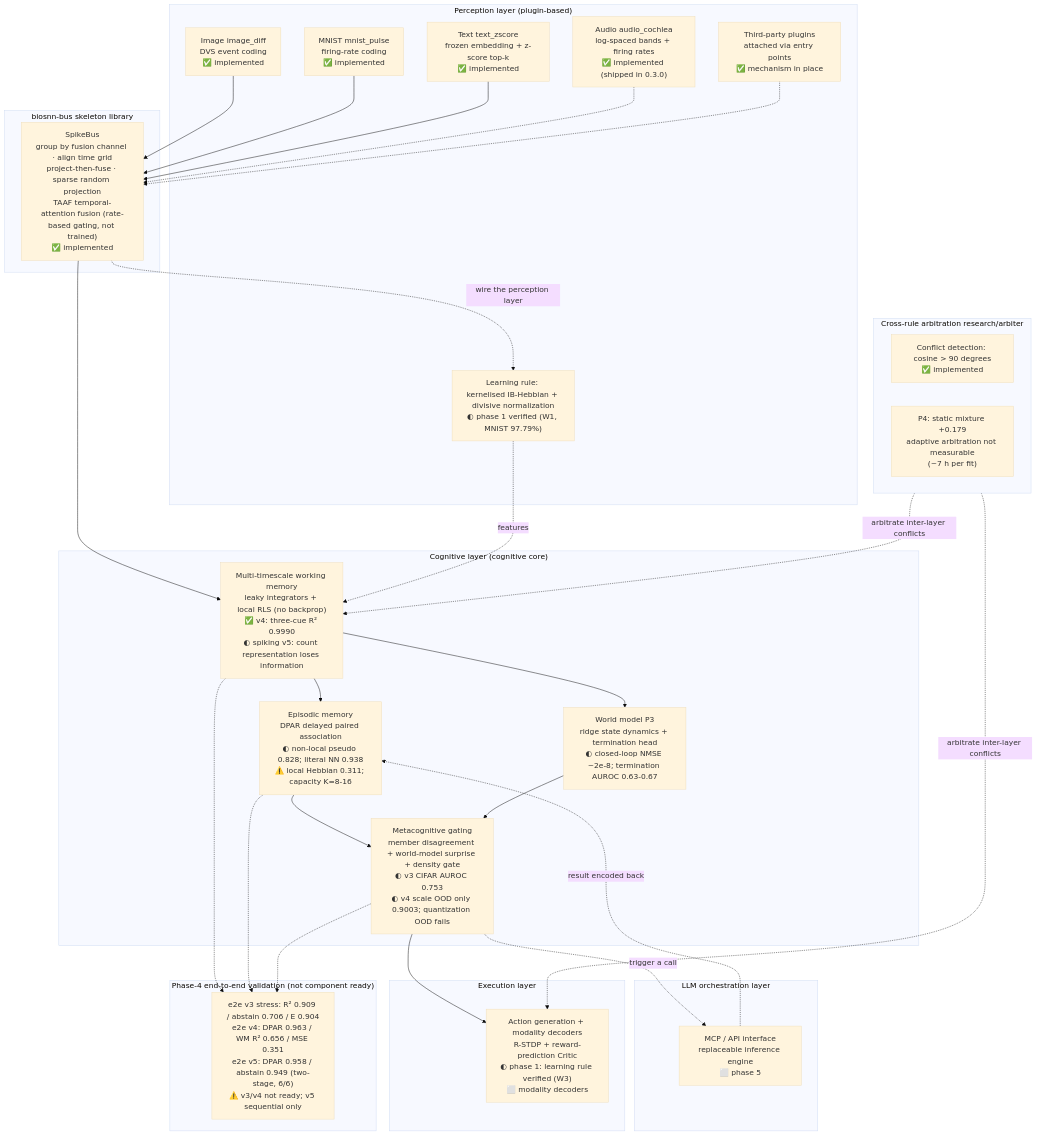
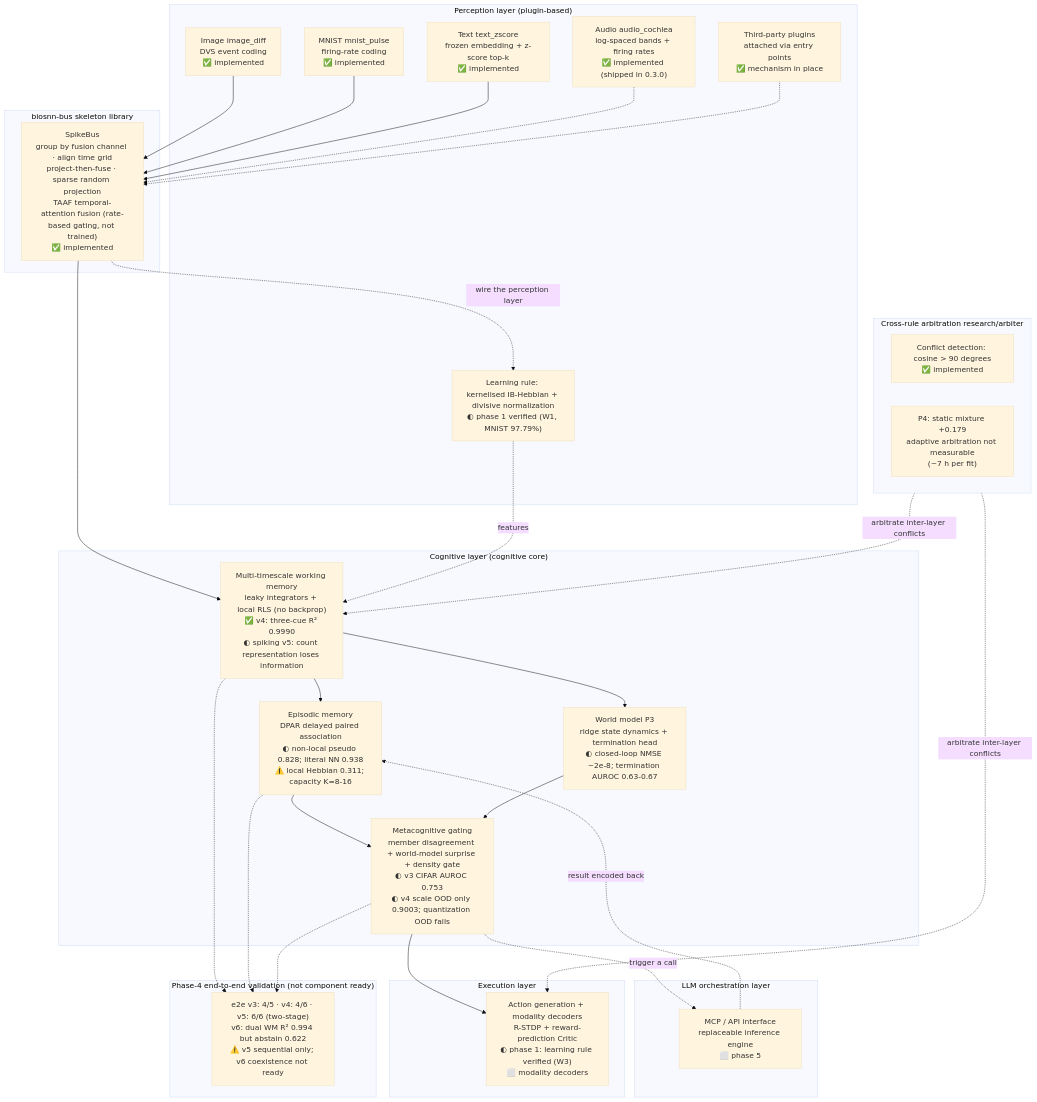
One commit to lzmd-arch/BioSNN-Plug changed the diagram in README.en.md. Above: the diagram before and after it, drawn with Mermaid (base theme). The commit also changed other lines of this file and 8 other files, not shown here.

````diff
--- a/README.en.md
+++ b/README.en.md
@@ -148,60 +148,60 @@
 ```mermaid
 flowchart TB
     subgraph L5["LLM orchestration layer"]
         MCP["MCP / API interface<br/>replaceable inference engine<br/>⬜ phase 5"]
     end
 
     subgraph L4["Execution layer"]
         ACT["Action generation + modality decoders<br/>R-STDP + reward-prediction Critic<br/>◐ phase 1: learning rule verified (W3)<br/>⬜ modality decoders"]
     end
 
     subgraph L3["Cognitive layer (cognitive core)"]
         WM["Multi-timescale working memory<br/>leaky integrators + local RLS (no backprop)<br/>✅ v4: three-cue R² 0.9990<br/>◐ spiking v5: count representation loses information"]
         EM["Episodic memory<br/>DPAR delayed paired association<br/>◐ non-local pseudo 0.828; literal NN 0.938<br/>⚠️ local Hebbian 0.311; capacity K=8-16"]
         MG["Metacognitive gating<br/>member disagreement + world-model surprise + density gate<br/>◐ v3 CIFAR AUROC 0.753<br/>◐ v4 scale OOD only 0.9003; quantization OOD fails"]
         WMODEL["World model P3<br/>ridge state dynamics + termination head<br/>◐ closed-loop NMSE ~2e-8; termination AUROC 0.63-0.67"]
     end
 
     subgraph ARB["Cross-rule arbitration research/arbiter"]
         CF["Conflict detection: cosine > 90 degrees<br/>✅ implemented"]
         ES["P4: static mixture +0.179<br/>adaptive arbitration not measurable<br/>(~7 h per fit)"]
     end
 
     subgraph L2["biosnn-bus skeleton library"]
         BUS["SpikeBus<br/>group by fusion channel · align time grid<br/>project-then-fuse · sparse random projection<br/>TAAF temporal-attention fusion (rate-based gating, not trained)<br/>✅ implemented"]
     end
 
     subgraph L1["Perception layer (plugin-based)"]
         IMG["Image image_diff<br/>DVS event coding<br/>✅ implemented"]
         MN["MNIST mnist_pulse<br/>firing-rate coding<br/>✅ implemented"]
         TXT["Text text_zscore<br/>frozen embedding + z-score top-k<br/>✅ implemented"]
         AUD["Audio audio_cochlea<br/>log-spaced bands + firing rates<br/>✅ implemented (shipped in 0.3.0)"]
         THIRD["Third-party plugins<br/>attached via entry points<br/>✅ mechanism in place"]
         HEB["Learning rule: kernelised IB-Hebbian + divisive normalization<br/>◐ phase 1 verified (W1, MNIST 97.79%)"]
     end
 
     IMG --> BUS
     MN --> BUS
     TXT --> BUS
     AUD -.-> BUS
     THIRD -.-> BUS
     BUS --> WM
     BUS -.->|wire the perception layer| HEB
     HEB -.->|features| WM
     WM --> EM
     WM --> WMODEL
     EM --> MG
     WMODEL --> MG
     MG --> ACT
     MG -.->|trigger a call| MCP
     MCP -.->|result encoded back| EM
     ARB -.->|arbitrate inter-layer conflicts| WM
     ARB -.->|arbitrate inter-layer conflicts| ACT
 
     subgraph S4["Phase-4 end-to-end validation (not component ready)"]
-        E2E["e2e v3 stress: R² 0.909 / abstain 0.706 / E 0.904<br/>e2e v4: DPAR 0.963 / WM R² 0.656 / MSE 0.351<br/>e2e v5: DPAR 0.958 / abstain 0.949 (two-stage, 6/6)<br/>⚠️ v3/v4 not ready; v5 sequential only"]
+        E2E["e2e v3: 4/5 · v4: 4/6 · v5: 6/6 (two-stage)<br/>v6: dual WM R² 0.994 but abstain 0.622<br/>⚠️ v5 sequential only; v6 coexistence not ready"]
     end
     WM -.-> E2E
     EM -.-> E2E
     MG -.-> E2E
 ```
````
